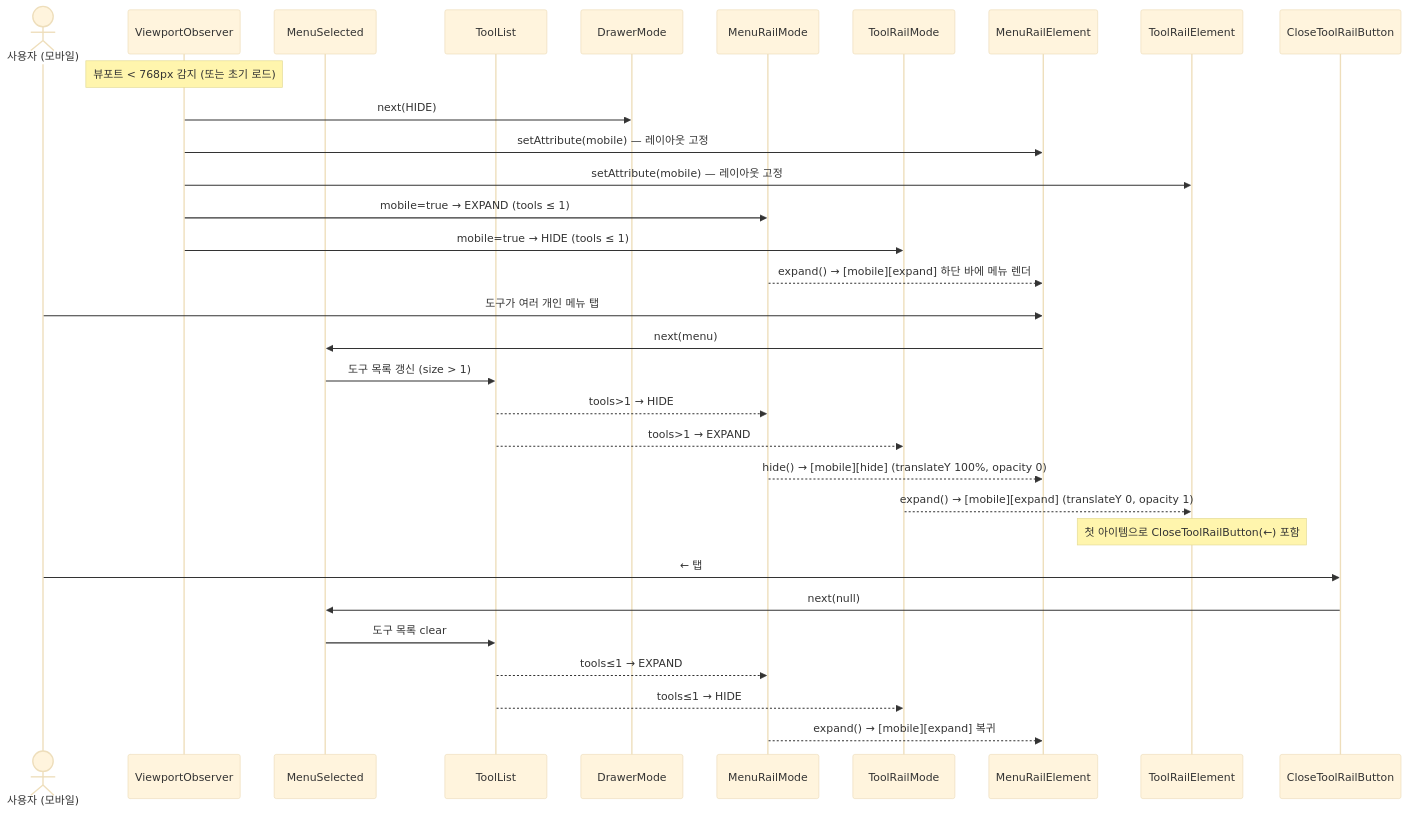
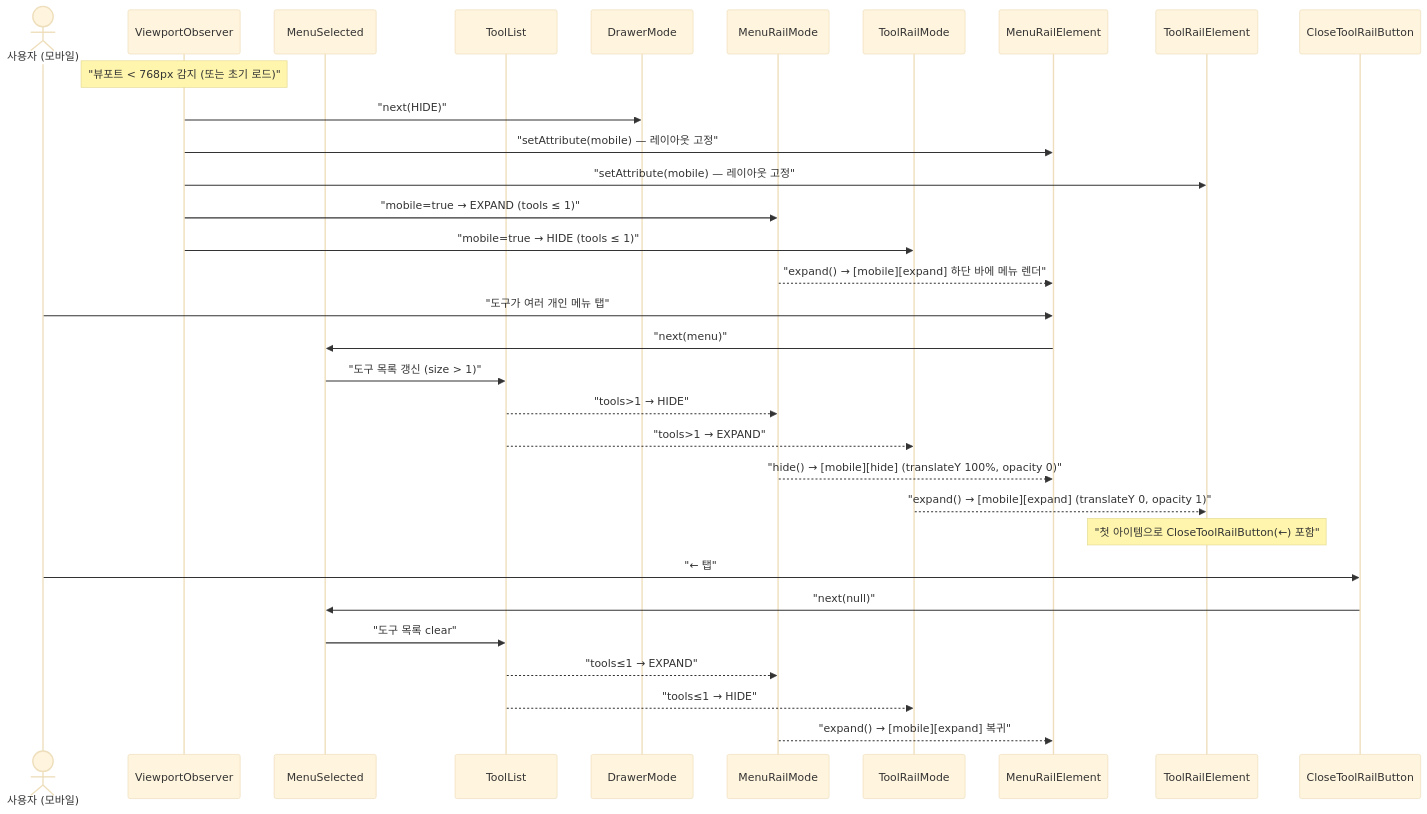
Before and after one commit to sayaya1090/handbook: the seventh of 7 diagrams in shell-ui/USECASE.md, drawn with Mermaid (base theme). The commit also changed other lines of this file and 22 other files, not shown here.

First line of the commit message:
docs: Mermaid 다이어그램 렌더링 오류 수정을 위한 구문 전수 교정

````diff
--- a/shell-ui/USECASE.md
+++ b/shell-ui/USECASE.md
@@ -262,37 +262,37 @@
 ```mermaid
 sequenceDiagram
     actor User as 사용자 (모바일)
     participant VP as ViewportObserver
     participant MS as MenuSelected
     participant TL as ToolList
     participant DM as DrawerMode
     participant MRM as MenuRailMode
     participant TRM as ToolRailMode
     participant MR as MenuRailElement
     participant TR as ToolRailElement
     participant Close as CloseToolRailButton
 
-    Note over VP: 뷰포트 < 768px 감지 (또는 초기 로드)
-    VP->>DM: next(HIDE)
-    VP->>MR: setAttribute(mobile) — 레이아웃 고정
-    VP->>TR: setAttribute(mobile) — 레이아웃 고정
-    VP->>MRM: mobile=true → EXPAND (tools ≤ 1)
-    VP->>TRM: mobile=true → HIDE (tools ≤ 1)
-    MRM-->>MR: expand() → [mobile][expand] 하단 바에 메뉴 렌더
+    Note over VP: "뷰포트 < 768px 감지 (또는 초기 로드)"
+    VP->>DM: "next(HIDE)"
+    VP->>MR: "setAttribute(mobile) — 레이아웃 고정"
+    VP->>TR: "setAttribute(mobile) — 레이아웃 고정"
+    VP->>MRM: "mobile=true → EXPAND (tools ≤ 1)"
+    VP->>TRM: "mobile=true → HIDE (tools ≤ 1)"
+    MRM-->>MR: "expand() → [mobile][expand] 하단 바에 메뉴 렌더"
 
-    User->>MR: 도구가 여러 개인 메뉴 탭
-    MR->>MS: next(menu)
-    MS->>TL: 도구 목록 갱신 (size > 1)
-    TL-->>MRM: tools>1 → HIDE
-    TL-->>TRM: tools>1 → EXPAND
-    MRM-->>MR: hide() → [mobile][hide] (translateY 100%, opacity 0)
-    TRM-->>TR: expand() → [mobile][expand] (translateY 0, opacity 1)
-    Note over TR: 첫 아이템으로 CloseToolRailButton(←) 포함
+    User->>MR: "도구가 여러 개인 메뉴 탭"
+    MR->>MS: "next(menu)"
+    MS->>TL: "도구 목록 갱신 (size > 1)"
+    TL-->>MRM: "tools>1 → HIDE"
+    TL-->>TRM: "tools>1 → EXPAND"
+    MRM-->>MR: "hide() → [mobile][hide] (translateY 100%, opacity 0)"
+    TRM-->>TR: "expand() → [mobile][expand] (translateY 0, opacity 1)"
+    Note over TR: "첫 아이템으로 CloseToolRailButton(←) 포함"
 
-    User->>Close: ← 탭
-    Close->>MS: next(null)
-    MS->>TL: 도구 목록 clear
-    TL-->>MRM: tools≤1 → EXPAND
-    TL-->>TRM: tools≤1 → HIDE
-    MRM-->>MR: expand() → [mobile][expand] 복귀
+    User->>Close: "← 탭"
+    Close->>MS: "next(null)"
+    MS->>TL: "도구 목록 clear"
+    TL-->>MRM: "tools≤1 → EXPAND"
+    TL-->>TRM: "tools≤1 → HIDE"
+    MRM-->>MR: "expand() → [mobile][expand] 복귀"
 ```
````
